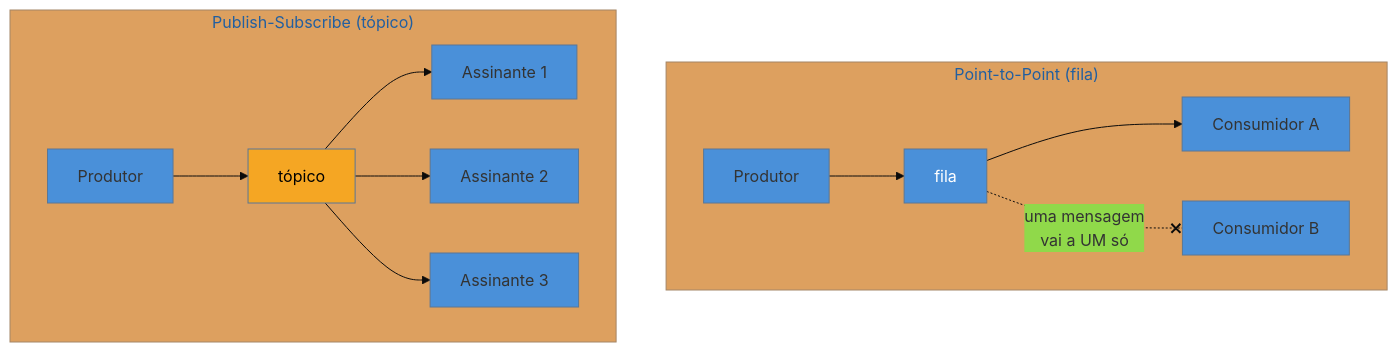
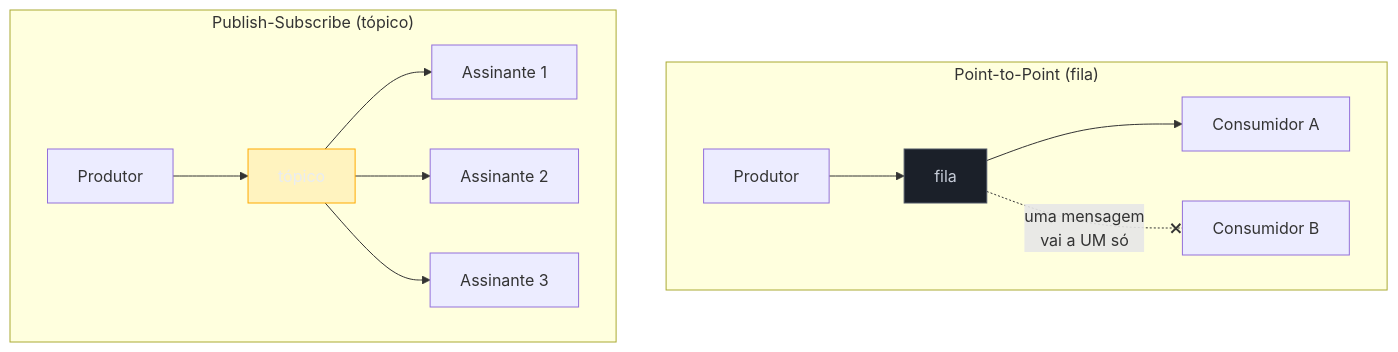
Before and after one commit to josenaldo/codex-technomanticus: the diagram in 03-Dominios/Engenharia/Design de Software/Padrões de Projeto/Integração Empresarial (EIP)/03 - Message Channel.md, drawn with Mermaid. The commit also changed 1181 other files, not shown here.

First line of the commit message:
fix(diagramas): paleta do sistema no lugar de cor cravada no markdown

````diff
--- a/03-Dominios/Engenharia/Design de Software/Padrões de Projeto/Integração Empresarial (EIP)/03 - Message Channel.md
+++ b/03-Dominios/Engenharia/Design de Software/Padrões de Projeto/Integração Empresarial (EIP)/03 - Message Channel.md
@@ -36,18 +36,19 @@
 ```mermaid
-%%{init: {"theme": "base", "themeVariables": {"primaryColor": "#4A90D9"}}}%%
 graph TD
+    classDef neutro fill:#1B2029,stroke:#4E5666,color:#C6CCD8
+    classDef destaque fill:#FFAA0024,stroke:#FFAA00,color:#E9ECF2
     subgraph PP["Point-to-Point (fila)"]
         S1["Produtor"] --> Q["fila"]
         Q --> C1["Consumidor A"]
         Q -.uma mensagem<br/>vai a UM só.-x C2["Consumidor B"]
     end
     subgraph PS["Publish-Subscribe (tópico)"]
         S2["Produtor"] --> T["tópico"]
         T --> D1["Assinante 1"]
         T --> D2["Assinante 2"]
         T --> D3["Assinante 3"]
     end
 
-    style Q fill:#4A90D9,color:#fff
-    style T fill:#F5A623,color:#000
+    class Q neutro
+    class T destaque
 ```
````
